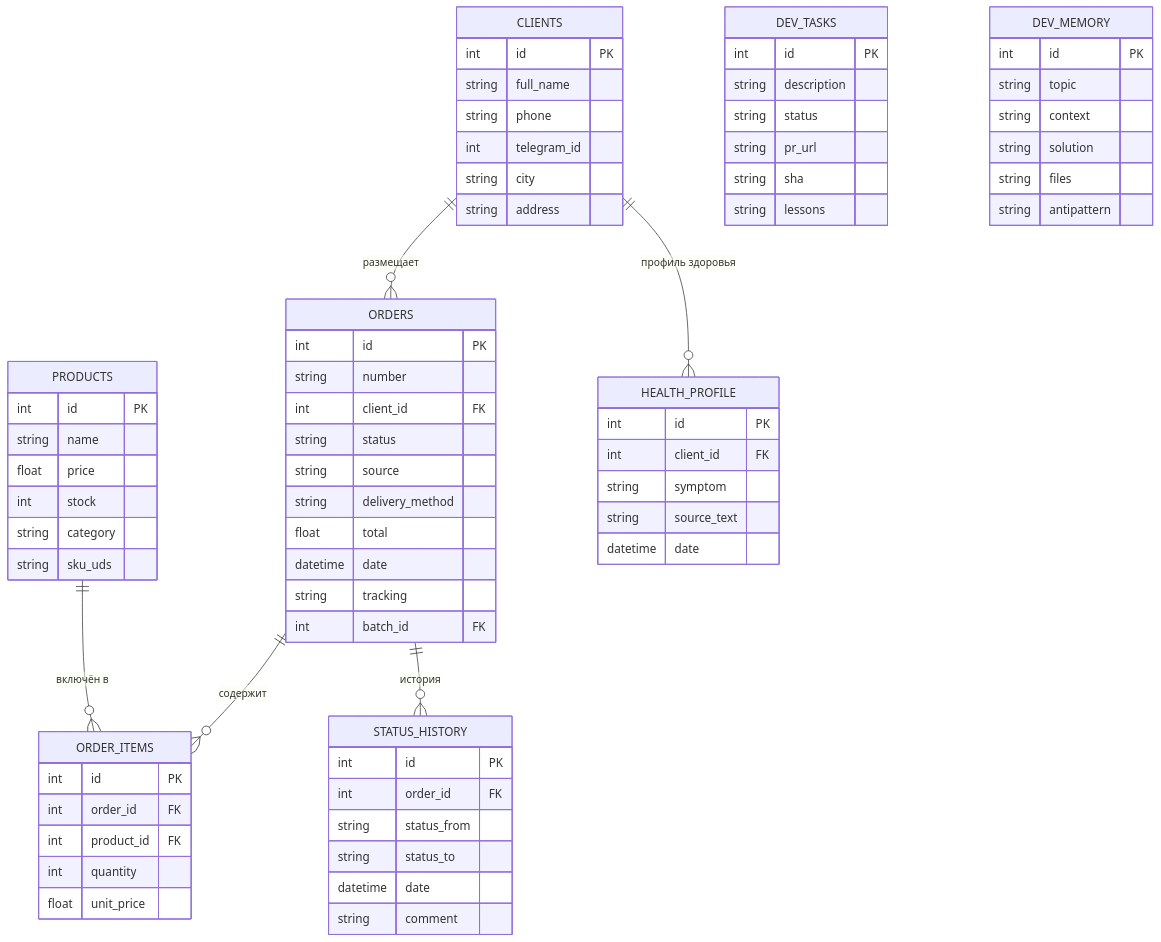
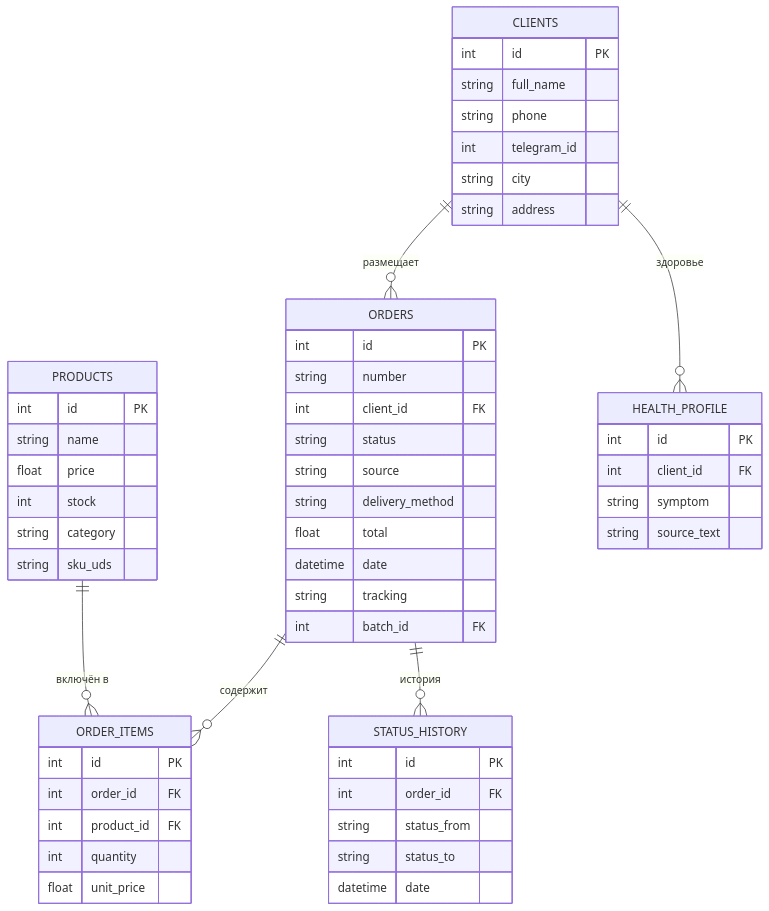
The ninth of 11 diagrams in docs/architecture.md (unidel2035/BEEBOT), drawn with Mermaid before and after one commit. The commit also changed other lines of this file, not shown here.

First line of the commit message:
docs: обновить architecture.md — Hexagonal Architecture v2.0 (было → стало) (#140)

````diff
--- a/docs/architecture.md
+++ b/docs/architecture.md
@@ -365,82 +279,62 @@
 ```mermaid
 erDiagram
     CLIENTS {
         int id PK
         string full_name
         string phone
         int telegram_id
         string city
         string address
     }
 
     ORDERS {
         int id PK
         string number
         int client_id FK
         string status
         string source
         string delivery_method
         float total
         datetime date
         string tracking
         int batch_id FK
     }
 
     ORDER_ITEMS {
         int id PK
         int order_id FK
         int product_id FK
         int quantity
         float unit_price
     }
 
     PRODUCTS {
         int id PK
         string name
         float price
         int stock
         string category
         string sku_uds
     }
 
     STATUS_HISTORY {
         int id PK
         int order_id FK
         string status_from
         string status_to
         datetime date
-        string comment
     }
 
     HEALTH_PROFILE {
         int id PK
         int client_id FK
         string symptom
         string source_text
-        datetime date
-    }
-
-    DEV_TASKS {
-        int id PK
-        string description
-        string status
-        string pr_url
-        string sha
-        string lessons
-    }
-
-    DEV_MEMORY {
-        int id PK
-        string topic
-        string context
-        string solution
-        string files
-        string antipattern
     }
 
     CLIENTS ||--o{ ORDERS : "размещает"
     ORDERS ||--o{ ORDER_ITEMS : "содержит"
     PRODUCTS ||--o{ ORDER_ITEMS : "включён в"
     ORDERS ||--o{ STATUS_HISTORY : "история"
-    CLIENTS ||--o{ HEALTH_PROFILE : "профиль здоровья"
+    CLIENTS ||--o{ HEALTH_PROFILE : "здоровье"
 ```
````
